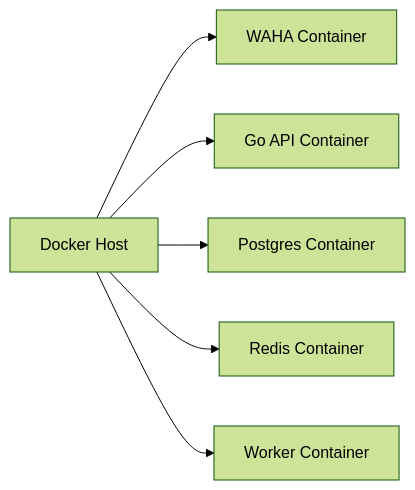
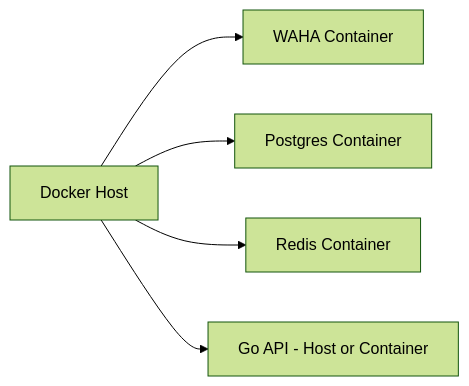
Before and after one commit to nazhifsetya27/Nemoris: the third of 5 diagrams in docs/architecture.md, drawn with Mermaid (forest theme). The commit also changed other lines of this file and 5 other files, not shown here.

````diff
--- a/docs/architecture.md
+++ b/docs/architecture.md
@@ -219,11 +246,11 @@
 ```mermaid
 flowchart LR
 
 A[Docker Host]
 
 A --> B[WAHA Container]
-A --> C[Go API Container]
-A --> D[Postgres Container]
-A --> E[Redis Container]
-A --> F[Worker Container]
+A --> C[Postgres Container]
+A --> D[Redis Container]
+
+A --> E[Go API - Host or Container]
 ```
````
